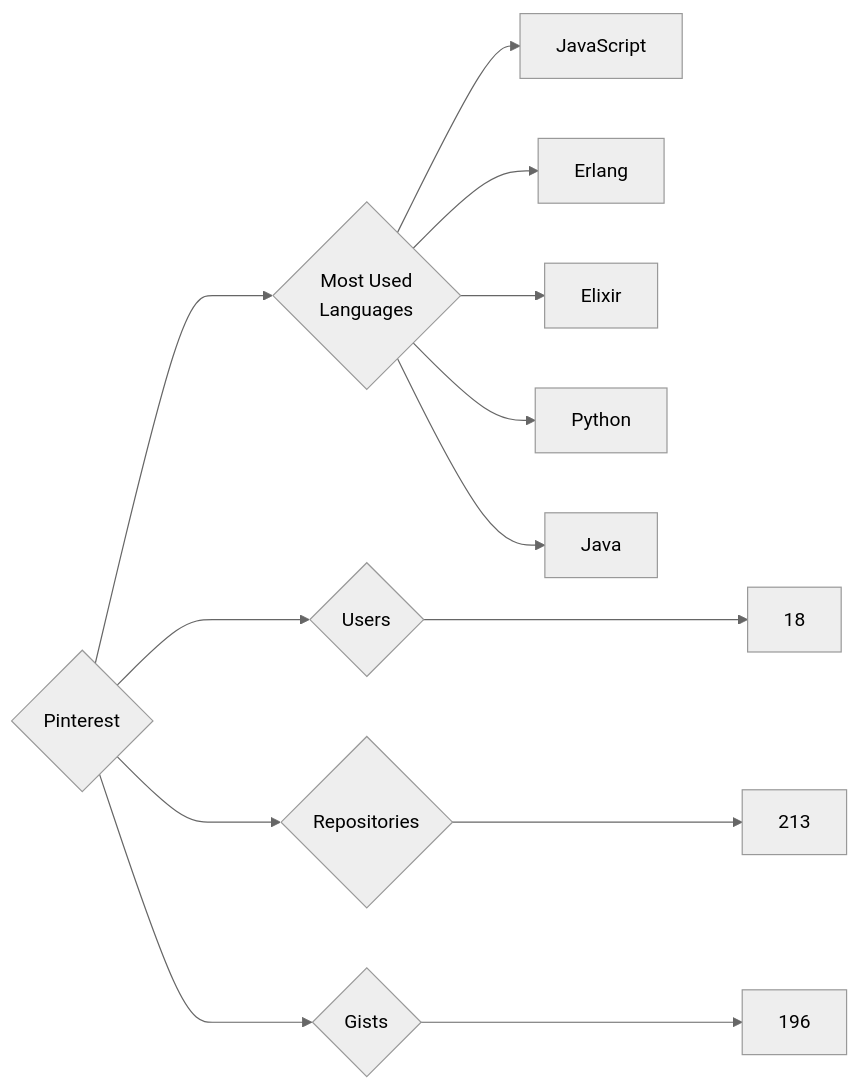
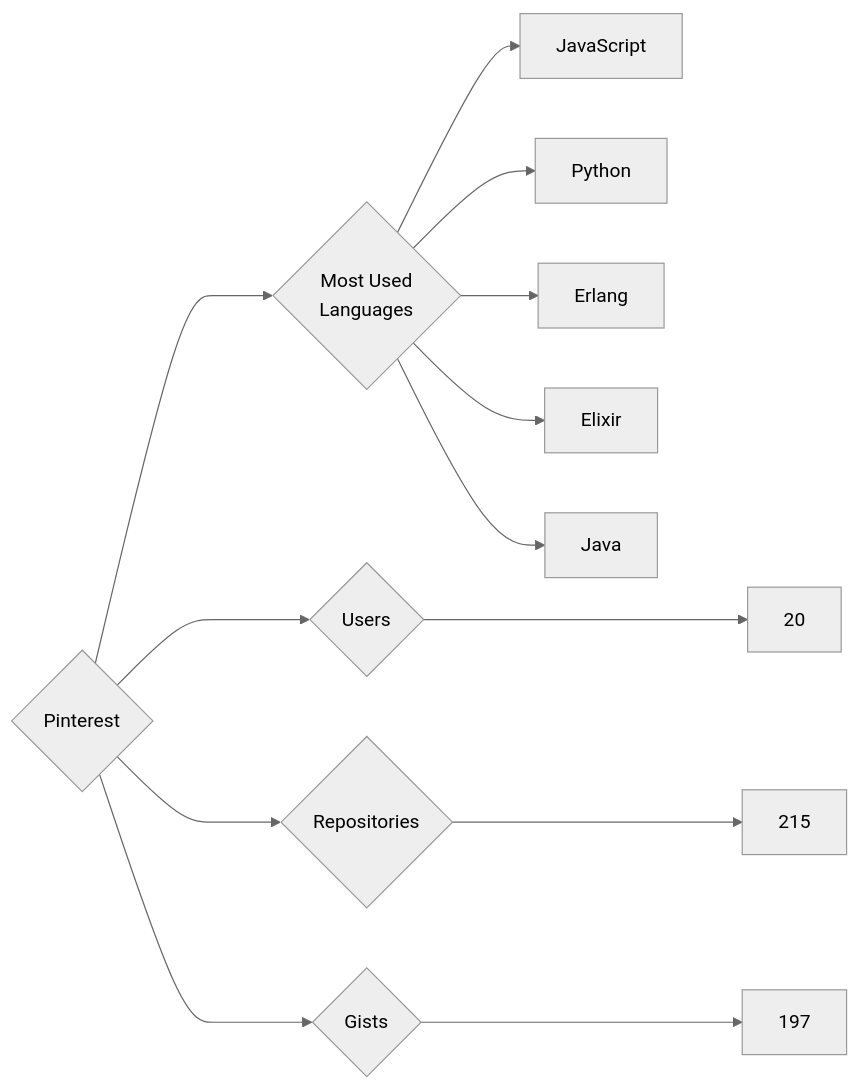
The diagram in targets/Pinterest/README.md (trickest/insiders), drawn with Mermaid (neutral theme) before and after one commit. The commit also changed 1696 other files, not shown here.

````diff
--- a/targets/Pinterest/README.md
+++ b/targets/Pinterest/README.md
@@ -3,13 +3,13 @@
 ```mermaid
 graph LR
 COMPANY_NAME{Pinterest}
-COMPANY_NAME ---> U{Users} ---> UN[18]
-COMPANY_NAME ---> R{Repositories} ---> RN[213]
-COMPANY_NAME ---> G{Gists} ---> GN[196]
+COMPANY_NAME ---> U{Users} ---> UN[20]
+COMPANY_NAME ---> R{Repositories} ---> RN[215]
+COMPANY_NAME ---> G{Gists} ---> GN[197]
 COMPANY_NAME ---> ML{Most Used<br>Languages}
 ML --> JavaScript[JavaScript]
+ML --> Python[Python]
 ML --> Erlang[Erlang]
 ML --> Elixir[Elixir]
-ML --> Python[Python]
 ML --> Java[Java]
 ```
````
